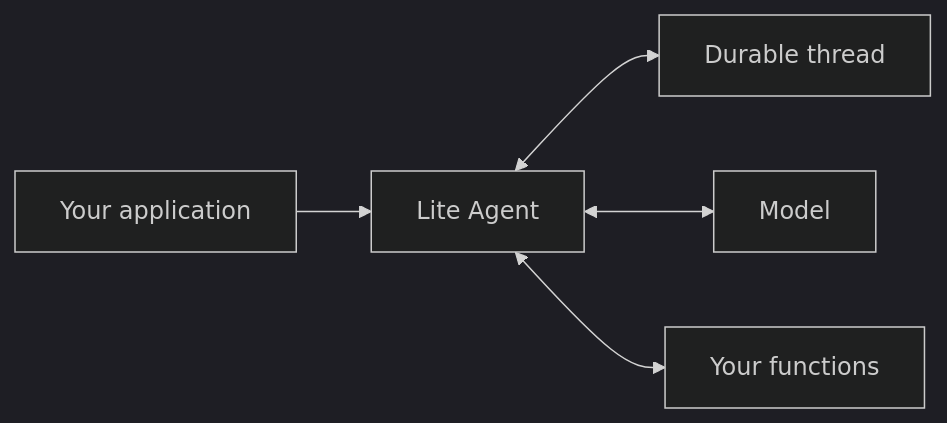
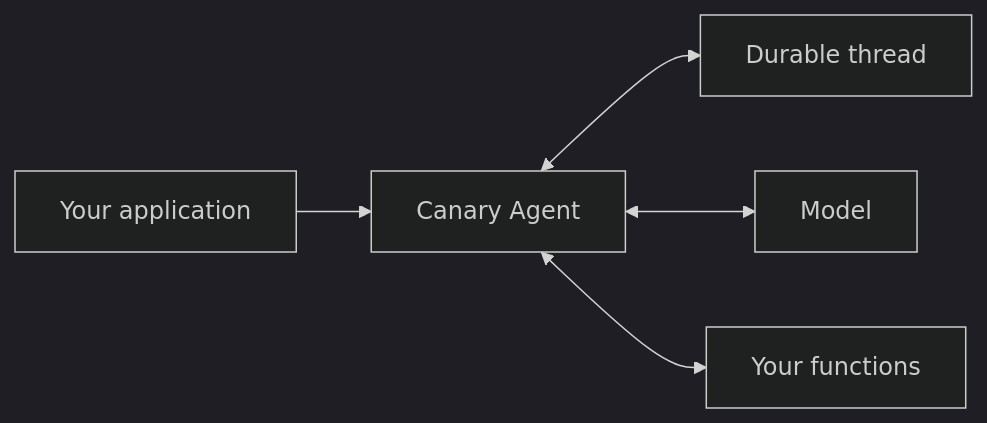
Before and after one commit to Gujiawei-Edinburgh/canary-agent: the first of 2 diagrams in README.md, drawn with Mermaid (dark theme). The commit also changed other lines of this file and 100 other files, not shown here.

````diff
--- a/README.md
+++ b/README.md
@@ -13,13 +13,13 @@
 ```mermaid
 flowchart LR
     App[Your application]
-    Agent[Lite Agent]
+    Agent[Canary Agent]
     Thread[Durable thread]
     Model[Model]
     Functions[Your functions]
 
     App --> Agent
     Agent <--> Thread
     Agent <--> Model
     Agent <--> Functions
 ```
````
